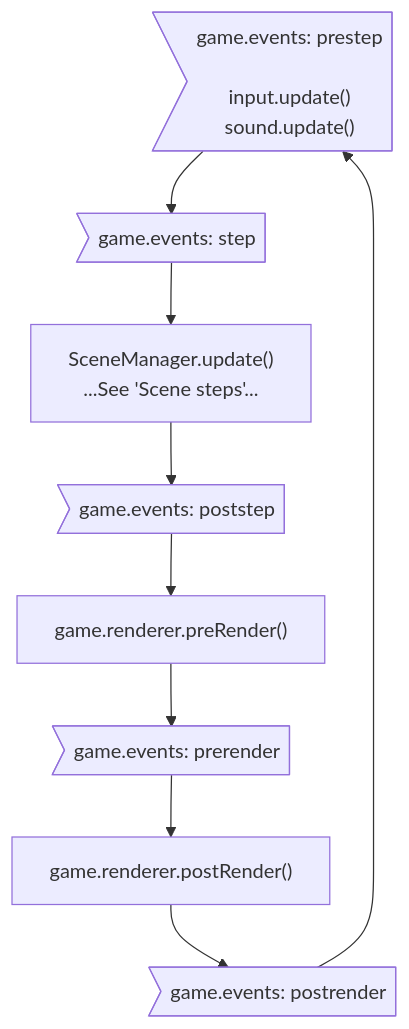
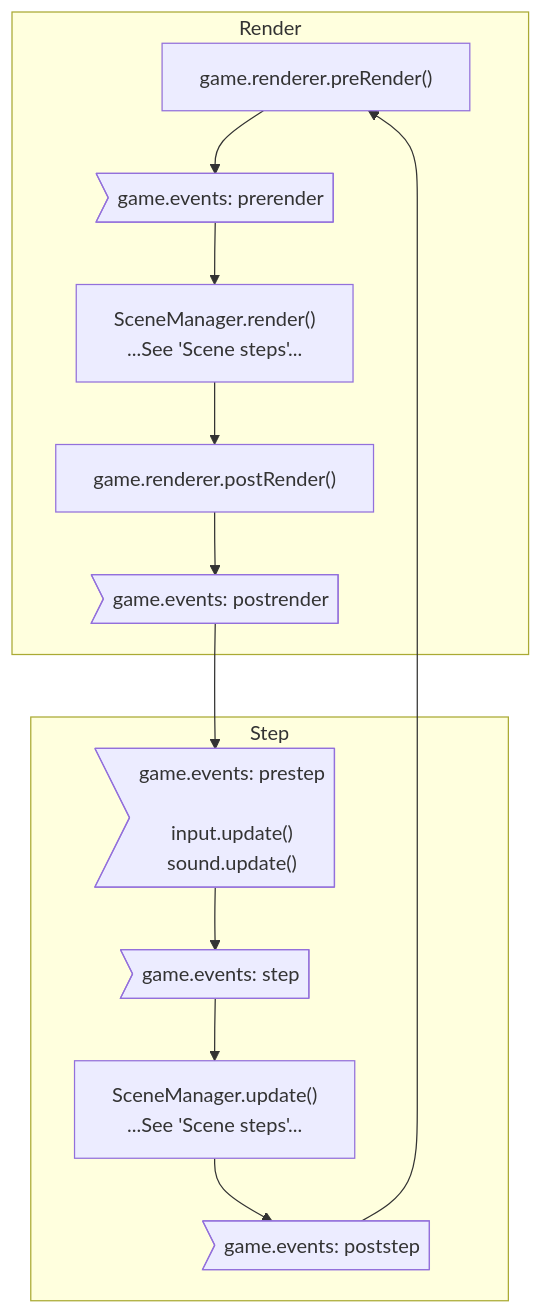
Before and after one commit to rexrainbow/phaser3-rex-notes: the first of 2 diagrams in docs/docs/mainloop.md, drawn with Mermaid. The commit also changed other lines of this file and 144 other files, not shown here.

````diff
--- a/docs/docs/mainloop.md
+++ b/docs/docs/mainloop.md
@@ -29,21 +32,29 @@
 ```mermaid
 graph TB
 
+subgraph Render
+GameRenderPreRender["game.renderer.preRender()"]
+GameEventPreRender>"game.events: prerender"]
+SceneManagerRender["SceneManager.render()<br>...See 'Scene steps'..."]
+GameRenderPostRender["game.renderer.postRender()"]
+GameEventPostRender>"game.events: postrender"]
+end
+
+subgraph Step
 GameEventPreStep>"game.events: prestep<br><br>input.update()<br>sound.update()"]
 GameEventStep>"game.events: step"]
 SceneManagerUpdate["SceneManager.update()<br>...See 'Scene steps'..."]
 GameEventPostStep>"game.events: poststep"]
-GameRenderPreRender["game.renderer.preRender()"]
-GameEventPreRender>"game.events: prerender"]
-GameRenderPostRender["game.renderer.postRender()"]
-GameEventPostRender>"game.events: postrender"]
+end
+
 
 GameEventPreStep --> GameEventStep
 GameEventStep --> SceneManagerUpdate
 SceneManagerUpdate --> GameEventPostStep
 GameEventPostStep --> GameRenderPreRender
 GameRenderPreRender --> GameEventPreRender
-GameEventPreRender --> GameRenderPostRender
+GameEventPreRender --> SceneManagerRender
+SceneManagerRender --> GameRenderPostRender
 GameRenderPostRender --> GameEventPostRender
 GameEventPostRender --> GameEventPreStep
 ```
````
